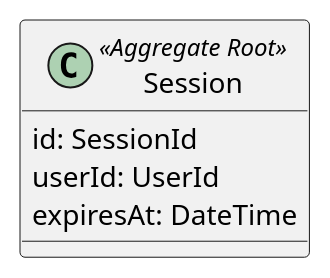
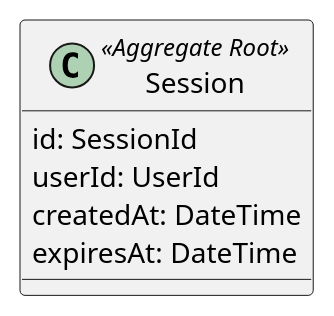
The fourth of 4 diagrams in docs/develop/03-domain.adoc (AlejandroAM91/freehomerp), drawn with PlantUML before and after one commit. The commit also changed other lines of this file and 26 other files, not shown here.

```diff
--- a/docs/develop/03-domain.adoc
+++ b/docs/develop/03-domain.adoc
@@ -69,8 +70,9 @@
 [plantuml]
 ....
 class Session <<Aggregate Root>> {
     id: SessionId
     userId: UserId
+    createdAt: DateTime
     expiresAt: DateTime
 }
 ....
```
